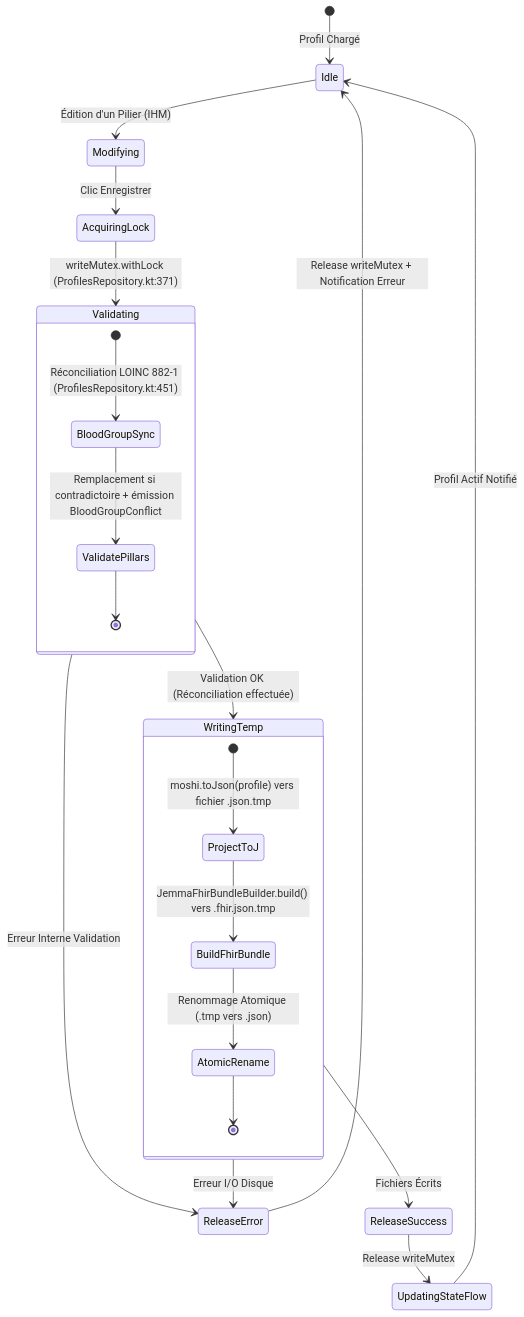
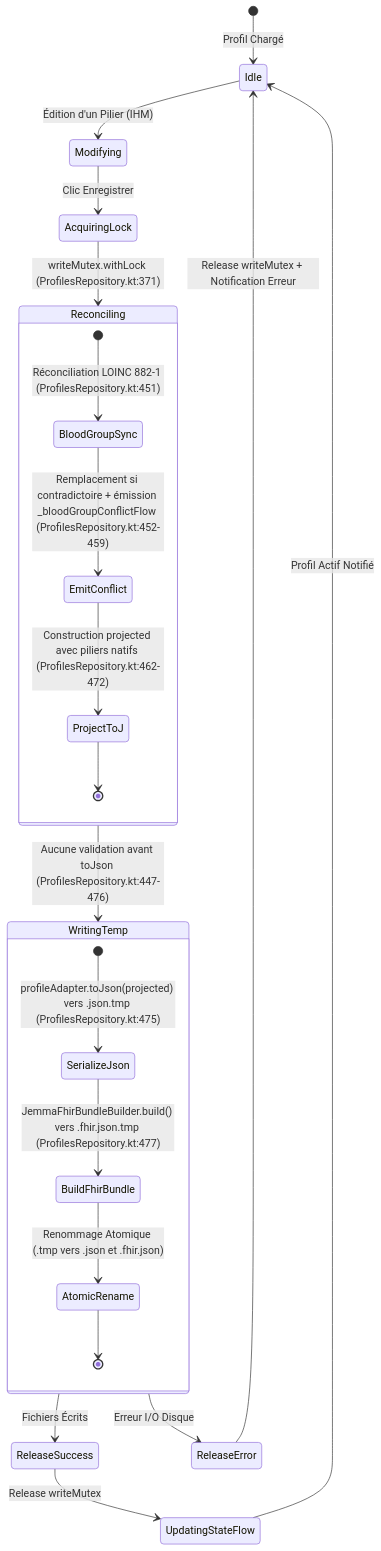
The ninth of 21 diagrams in docs/DOCUMENTATION_UML_FONCTIONNELLE.md (kurodohenroonsen/JemmaPass), drawn with Mermaid before and after one commit. The commit also changed other lines of this file and 2 other files, not shown here.

Commit message:
docs: apply review 0046, harmonize citations with SD-22 and add check_citations.py validation

````diff
--- a/docs/DOCUMENTATION_UML_FONCTIONNELLE.md
+++ b/docs/DOCUMENTATION_UML_FONCTIONNELLE.md
@@ -517,31 +517,31 @@
 ```mermaid
 stateDiagram-v2
     [*] --> Idle : Profil Chargé
 
     Idle --> Modifying : Édition d'un Pilier (IHM)
     Modifying --> AcquiringLock : Clic Enregistrer
-    AcquiringLock --> Validating : writeMutex.withLock (ProfilesRepository.kt:371)
+    AcquiringLock --> Reconciling : writeMutex.withLock (ProfilesRepository.kt:371)
     
-    state Validating {
+    state Reconciling {
         [*] --> BloodGroupSync : Réconciliation LOINC 882-1 (ProfilesRepository.kt:451)
-        BloodGroupSync --> ValidatePillars : Remplacement si contradictoire + émission BloodGroupConflict
-        ValidatePillars --> [*]
+        BloodGroupSync --> EmitConflict : Remplacement si contradictoire + émission _bloodGroupConflictFlow (ProfilesRepository.kt:452-459)
+        EmitConflict --> ProjectToJ : Construction projected avec piliers natifs (ProfilesRepository.kt:462-472)
+        ProjectToJ --> [*]
     }
 
-    Validating --> WritingTemp : Validation OK (Réconciliation effectuée)
-    Validating --> ReleaseError : Erreur Interne Validation
+    Reconciling --> WritingTemp : Aucune validation avant toJson (ProfilesRepository.kt:447-476)
 
     state WritingTemp {
-        [*] --> ProjectToJ : moshi.toJson(profile) vers fichier .json.tmp
-        ProjectToJ --> BuildFhirBundle : JemmaFhirBundleBuilder.build() vers .fhir.json.tmp
-        BuildFhirBundle --> AtomicRename : Renommage Atomique (.tmp vers .json)
+        [*] --> SerializeJson : profileAdapter.toJson(projected) vers .json.tmp (ProfilesRepository.kt:475)
+        SerializeJson --> BuildFhirBundle : JemmaFhirBundleBuilder.build() vers .fhir.json.tmp (ProfilesRepository.kt:477)
+        BuildFhirBundle --> AtomicRename : Renommage Atomique (.tmp vers .json et .fhir.json)
         AtomicRename --> [*]
     }
 
     WritingTemp --> ReleaseSuccess : Fichiers Écrits
     WritingTemp --> ReleaseError : Erreur I/O Disque
 
     ReleaseSuccess --> UpdatingStateFlow : Release writeMutex
     ReleaseError --> Idle : Release writeMutex + Notification Erreur
     UpdatingStateFlow --> Idle : Profil Actif Notifié
 ```
````
